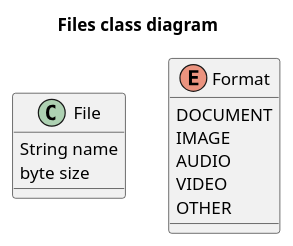
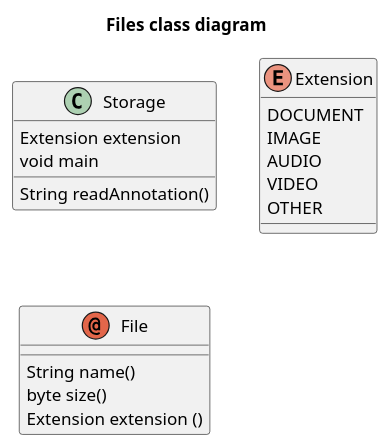
One commit to esoe/education changed the diagram in files/src/main/docs/diagrams/src/Files.puml. Above: the diagram before and after it, drawn with PlantUML. The commit also changed 4 other files, not shown here.

```diff
--- a/files/src/main/docs/diagrams/src/Files.puml
+++ b/files/src/main/docs/diagrams/src/Files.puml
@@ -1,15 +1,21 @@
 @startuml Files
 title Files class diagram
-class File {
-    String name
-    byte size
+class Storage {
+    Extension extension
+    String readAnnotation()
+    void main
 }
-enum Format{
+enum Extension{
     DOCUMENT
     IMAGE
     AUDIO
     VIDEO
     OTHER
 }
+annotation File {
+    String name()
+    byte size()
+    Extension extension ()
+}
 
 @enduml
```
